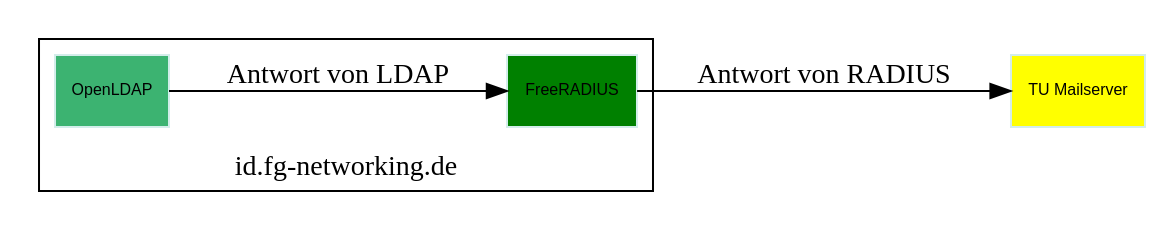
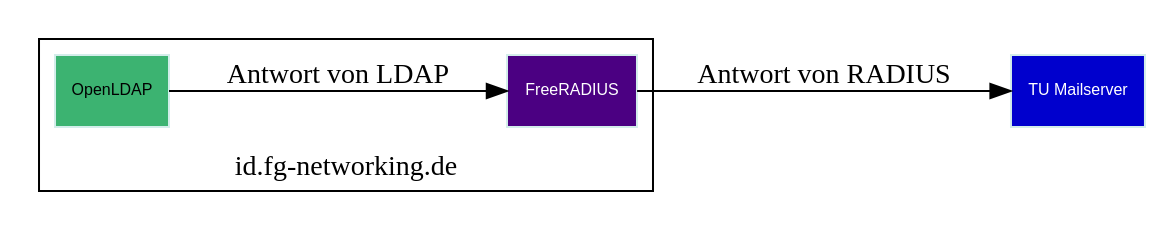
Before and after one commit to Gabelvampir/ty-stuff: the diagram in Presentation LDAP-RADIUS/Bilder/RADIUS-communication2.dot, drawn with Graphviz. The commit also changed 5 other files, not shown here.

Commit message:
changed colors of RADIUS comm graphics

```diff
--- a/Presentation LDAP-RADIUS/Bilder/RADIUS-communication2.dot
+++ b/Presentation LDAP-RADIUS/Bilder/RADIUS-communication2.dot
@@ -1,24 +1,24 @@
 digraph G {
 node [
     shape=box, 
     fontname="arial",
     fontsize=8,
     style=filled,
     color="#d3edea"
   ];
   splines="compound"
 
   compound=true;
   rankdir=LR;
   subgraph cluster_id{
-  radius2 [label="FreeRADIUS", style="filled", fillcolor="green"];
+  radius2 [label="FreeRADIUS", style="filled", fillcolor="indigo", fontcolor="white"];
   ldap [label="OpenLDAP", style="filled", fillcolor="mediumseagreen"];
   label="id.fg-networking.de";
   labelloc=b;
 }
-  mail2 [label="TU Mailserver", style="filled", fillcolor="yellow"];
+  mail2 [label="TU Mailserver", style="filled", fillcolor="blue3", fontcolor="white"];
   ldap -> radius2 [label="Antwort von LDAP"];
   radius2 -> mail2 [label="Antwort von RADIUS"];
   margin=0; //margins around graphic and subgraphs
   nodesep=0.3; //minimal distance between nodes and subgraphs
   }
```
